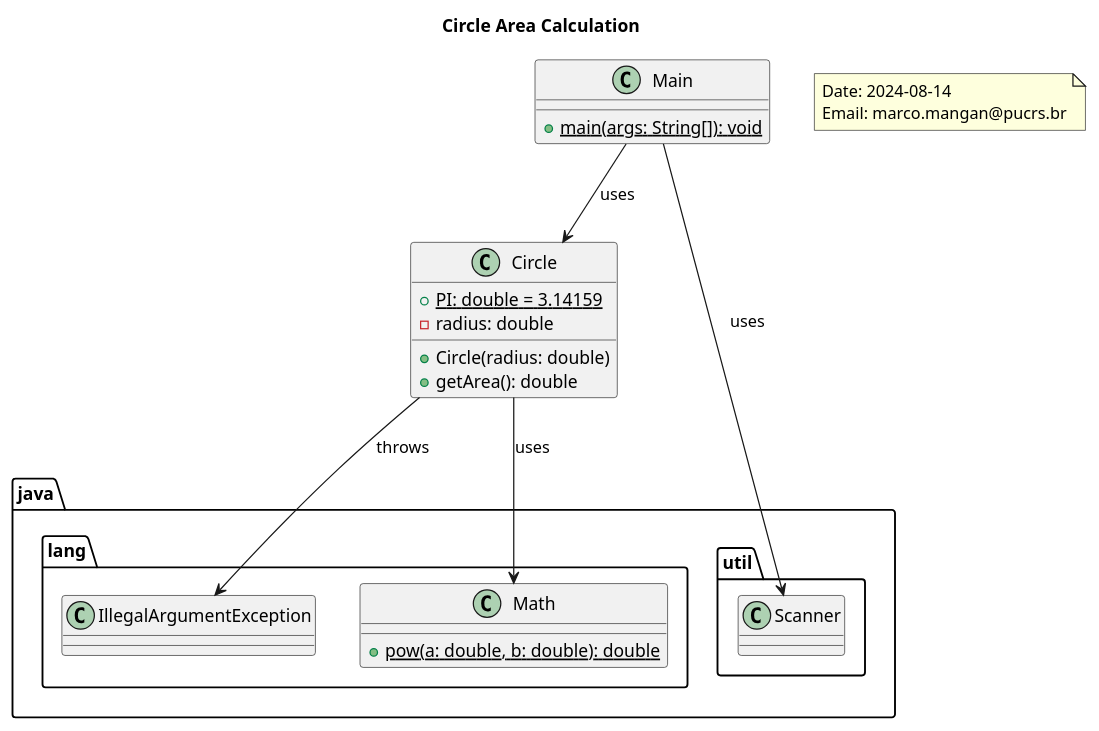
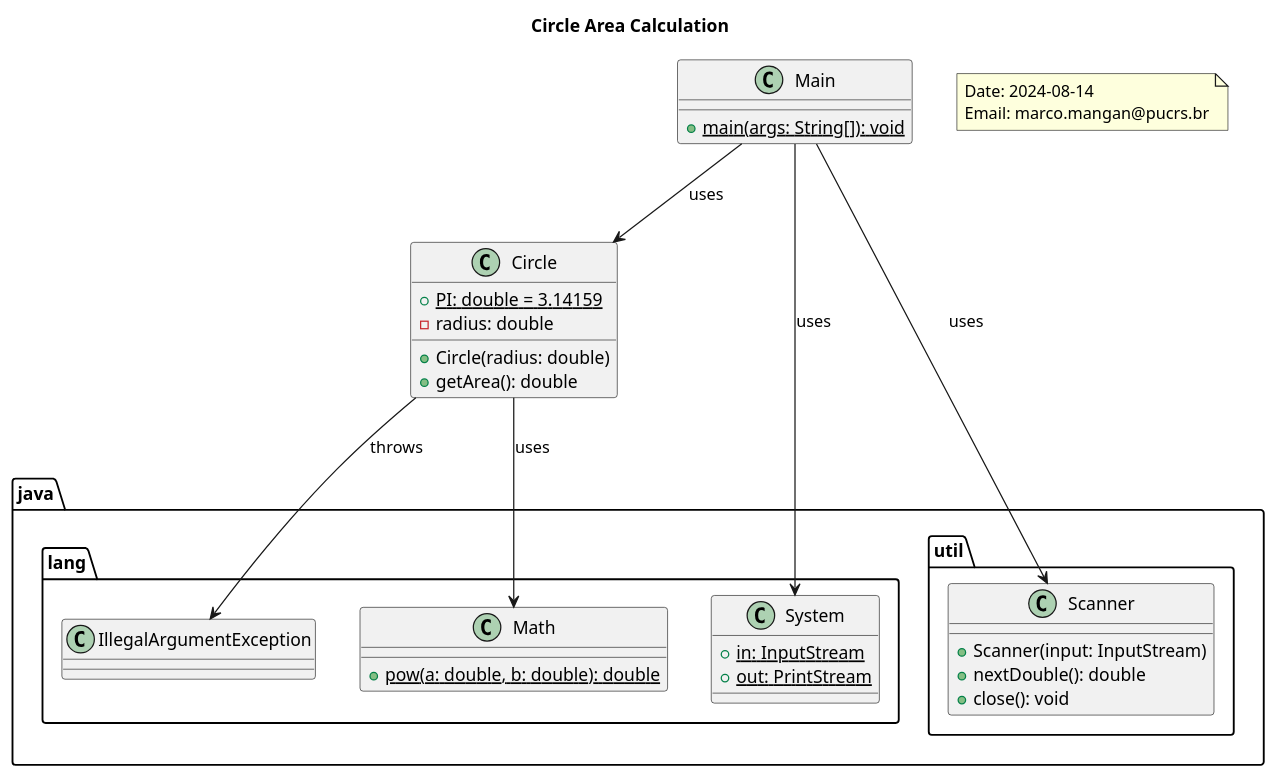
The diagram in day04/bee1002.puml (masmangan/potential-giggle), drawn with PlantUML before and after one commit.

Commit message:
Update bee1002.puml
Adding class System and Scanner methods.

```diff
--- a/day04/bee1002.puml
+++ b/day04/bee1002.puml
@@ -1,40 +1,49 @@
 @startuml
 
 title Circle Area Calculation
 
 package java.util {
     class Scanner {
+        +Scanner(input: InputStream)
+        +nextDouble(): double
+        +close(): void
     }
 }
 
 package java.lang {
     class IllegalArgumentException {
     }
 
     class Math {
         +{static} pow(a: double, b: double): double
+    }
+
+    class System {
+        +{static} in: InputStream
+        +{static} out: PrintStream
     }
 }
 
 class Circle {
     +{static} PI: double = 3.14159
     -radius: double
     +Circle(radius: double)
     +getArea(): double
 }
 
 class Main {
     +{static} main(args: String[]): void
 }
 
 Main --> Circle : uses
 Main --> Scanner : uses
 Circle --> IllegalArgumentException : throws
 Circle --> Math : uses
+Main --> System : uses
 
 note as N1
   Date: 2024-08-14
   Email: marco.mangan@pucrs.br
 end note
 
 @enduml
```
